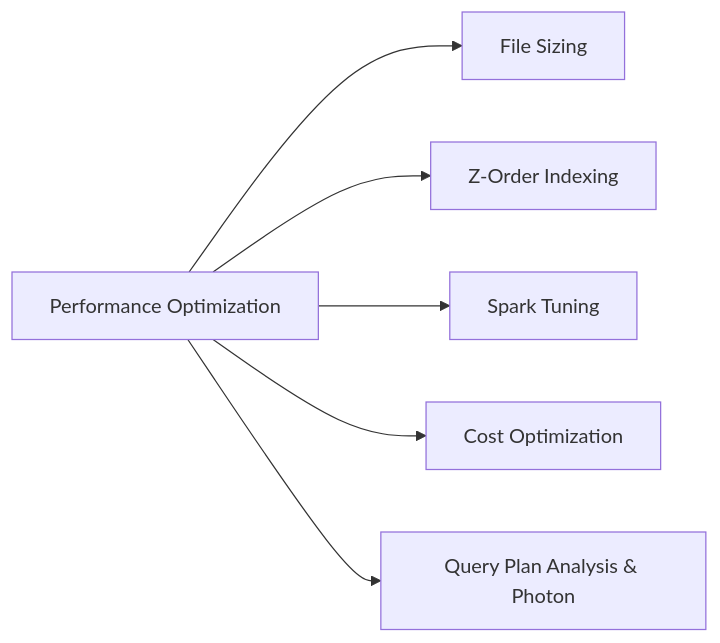
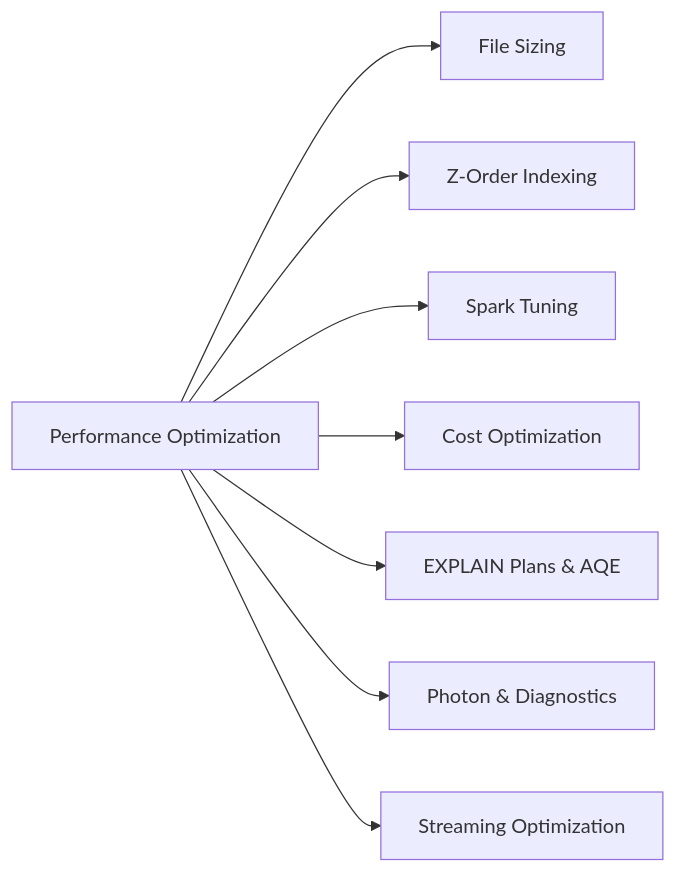
One commit to kengio/databricks-certification-study-guide changed the first of 4 diagrams in certifications/data-engineer-professional/08-performance-optimization/README.md. Above: the diagram before and after it, drawn with Mermaid. The commit also changed other lines of this file and 17 other files, not shown here.

````diff
--- a/certifications/data-engineer-professional/08-performance-optimization/README.md
+++ b/certifications/data-engineer-professional/08-performance-optimization/README.md
@@ -7,8 +7,10 @@
 ```mermaid
 flowchart LR
     PO[Performance Optimization] --> FS[File Sizing]
     PO --> ZO[Z-Order Indexing]
     PO --> ST[Spark Tuning]
     PO --> CO[Cost Optimization]
-    PO --> QP[Query Plan Analysis & Photon]
+    PO --> QP[EXPLAIN Plans & AQE]
+    PO --> PH[Photon & Diagnostics]
+    PO --> SO[Streaming Optimization]
 ```
````
